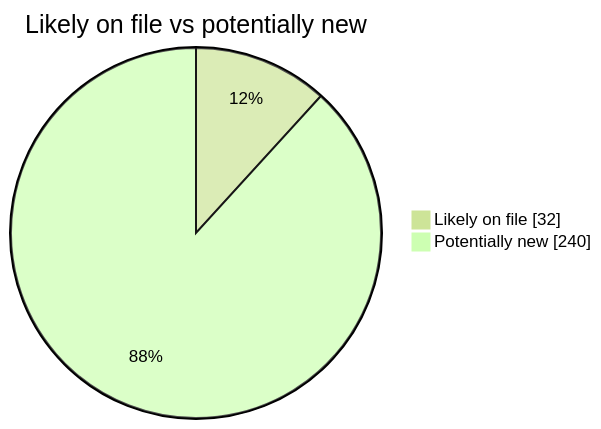
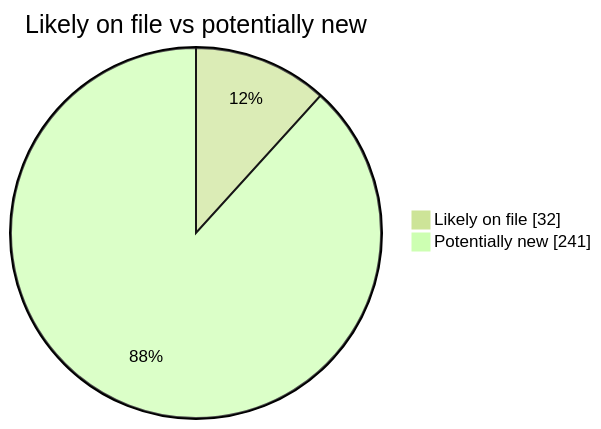
The second of 4 diagrams in README.md (martinbalfanz/social-scanner-reports), drawn with Mermaid (forest theme) before and after one commit. The commit also changed other lines of this file and 2 other files, not shown here.

````diff
--- a/README.md
+++ b/README.md
@@ -40,5 +40,5 @@
 ```mermaid
 pie showData title Likely on file vs potentially new
     "Likely on file" : 32
-    "Potentially new" : 240
+    "Potentially new" : 241
 ```
````
